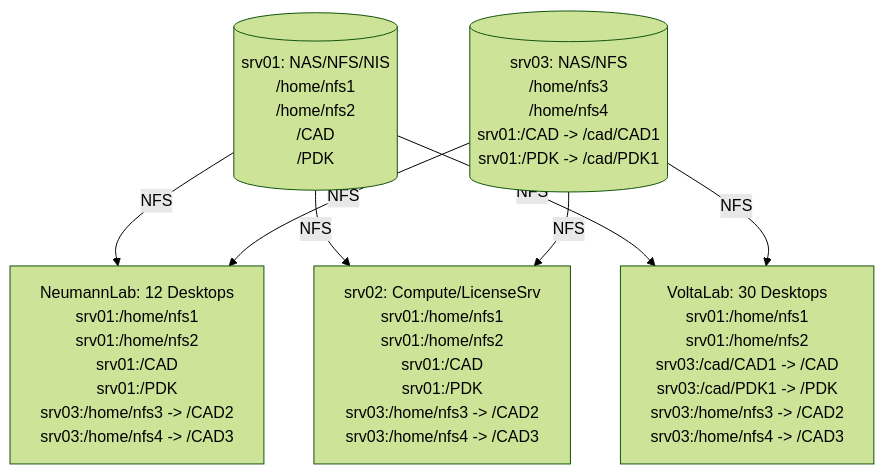
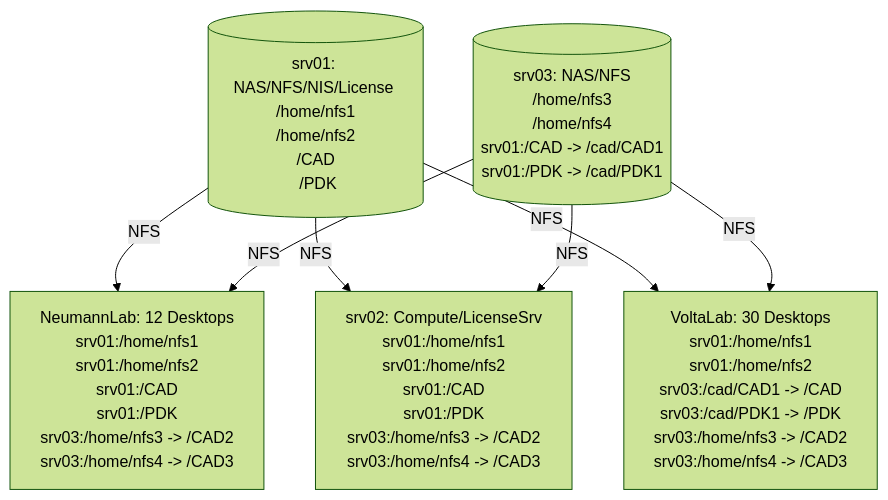
One commit to silicon-vlsi/silicon-vlsi.github.io changed the diagram in wiki/wiki-it.md. Above: the diagram before and after it, drawn with Mermaid (forest theme). The commit also changed 1 other file, not shown here.

````diff
--- a/wiki/wiki-it.md
+++ b/wiki/wiki-it.md
@@ -1287,22 +1287,22 @@
 ```mermaid
 
 graph TD;
 
-  srv01[(srv01: NAS/NFS/NIS <br/> /home/nfs1 <br/> /home/nfs2 <br/> /CAD <br/> /PDK)];
+  srv01[(srv01: NAS/NFS/NIS/License <br/> /home/nfs1 <br/> /home/nfs2 <br/> /CAD <br/> /PDK)];
 
   srv03[(srv03: NAS/NFS <br/> /home/nfs3 <br/> /home/nfs4 <br/> srv01:/CAD  -> /cad/CAD1 <br/> srv01:/PDK  -> /cad/PDK1)];
 
   srv02[ srv02: Compute/LicenseSrv <br/> srv01:/home/nfs1 <br/> srv01:/home/nfs2 <br/> srv01:/CAD <br/> srv01:/PDK <br/> srv03:/home/nfs3 -> /CAD2 <br/> srv03:/home/nfs4 -> /CAD3 ];
 
   voltaLab[VoltaLab: 30 Desktops <br/> srv01:/home/nfs1 <br/>  srv01:/home/nfs2 <br/> srv03:/cad/CAD1 -> /CAD <br/> srv03:/cad/PDK1 -> /PDK <br/> srv03:/home/nfs3 -> /CAD2 <br/> srv03:/home/nfs4 -> /CAD3];
 
   neumannLab[NeumannLab: 12 Desktops <br/> srv01:/home/nfs1 <br/> srv01:/home/nfs2 <br/> srv01:/CAD <br/> srv01:/PDK <br/> srv03:/home/nfs3 -> /CAD2 <br/> srv03:/home/nfs4 -> /CAD3];
 
   srv01 --NFS--> neumannLab;
   srv01 --NFS--> srv02;
   srv01 --NFS--> voltaLab;
   srv03 --NFS--> voltaLab;
   srv03 --NFS--> srv02;
   srv03 --NFS--> neumannLab;
   
 ```
````
